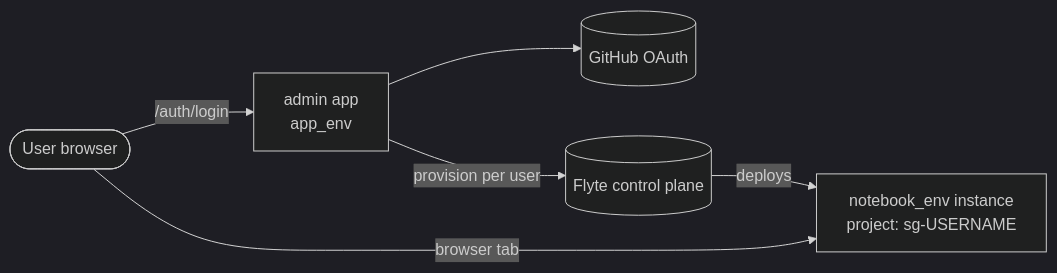
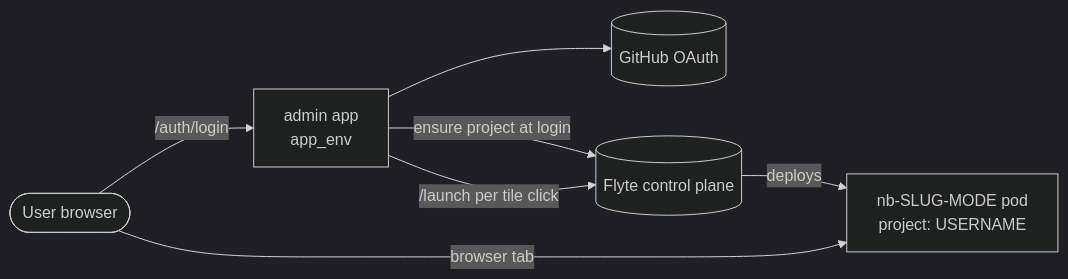
One commit to StargazerBio/stargazer changed the first of 2 diagrams in docs/architecture/app.md. Above: the diagram before and after it, drawn with Mermaid (dark theme). The commit also changed other lines of this file and 17 other files, not shown here.

Commit message:
Added docs covering app and notebook architecture, new technical-writer agent, agent focused reference/architecture material for high-level but overly verbose reference material, docs consistency fixes throughout

````diff
--- a/docs/architecture/app.md
+++ b/docs/architecture/app.md
@@ -12,8 +14,9 @@
 ```mermaid
 flowchart LR
     U([User browser]) -->|/auth/login| L[admin app<br/>app_env]
     L --> GH[(GitHub OAuth)]
-    L -->|provision per user| FCP[(Flyte control plane)]
-    FCP -->|deploys| N[notebook_env instance<br/>project: sg-USERNAME]
+    L -->|ensure project at login| FCP[(Flyte control plane)]
+    L -->|/launch per tile click| FCP
+    FCP -->|deploys| N[nb-SLUG-MODE pod<br/>project: USERNAME]
     U -->|browser tab| N
 ```
````
